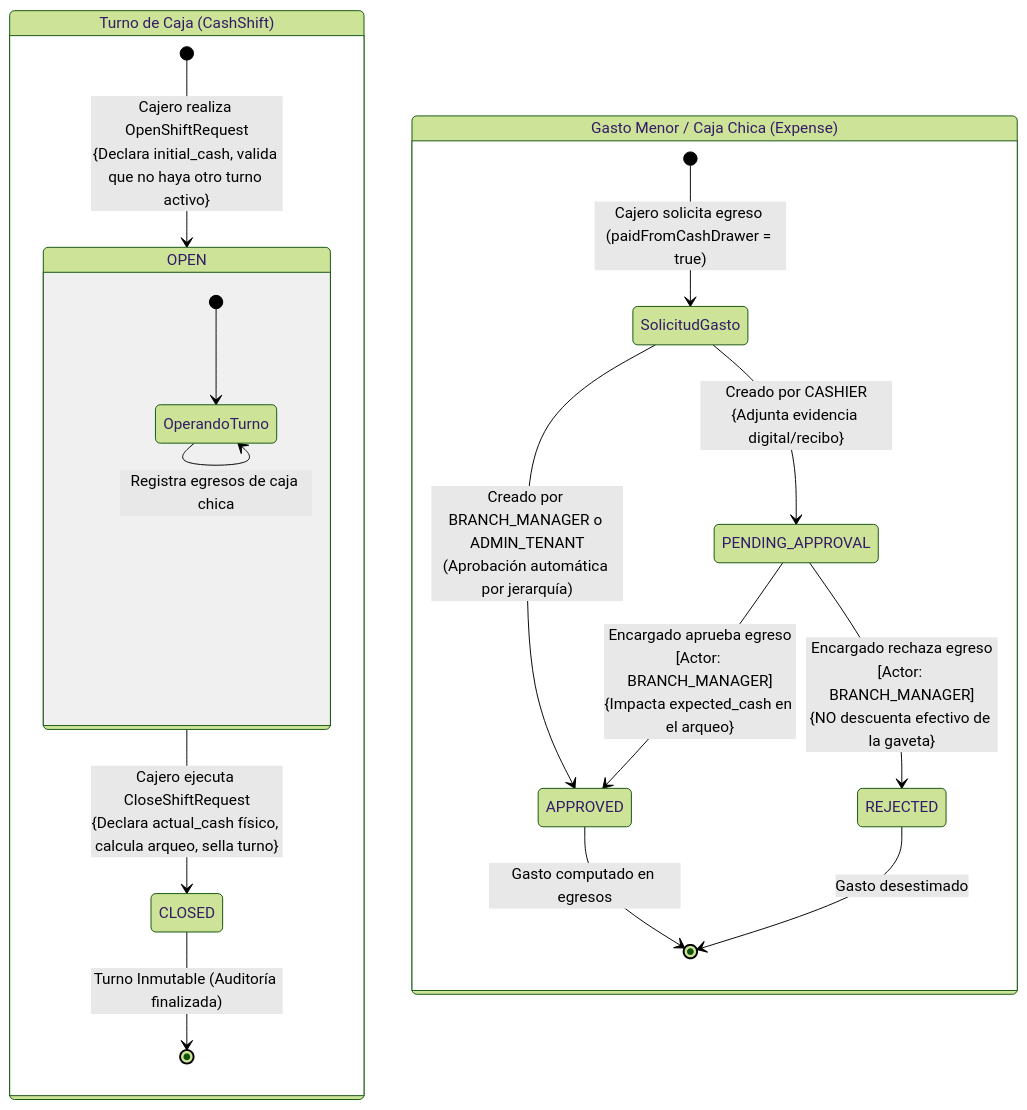
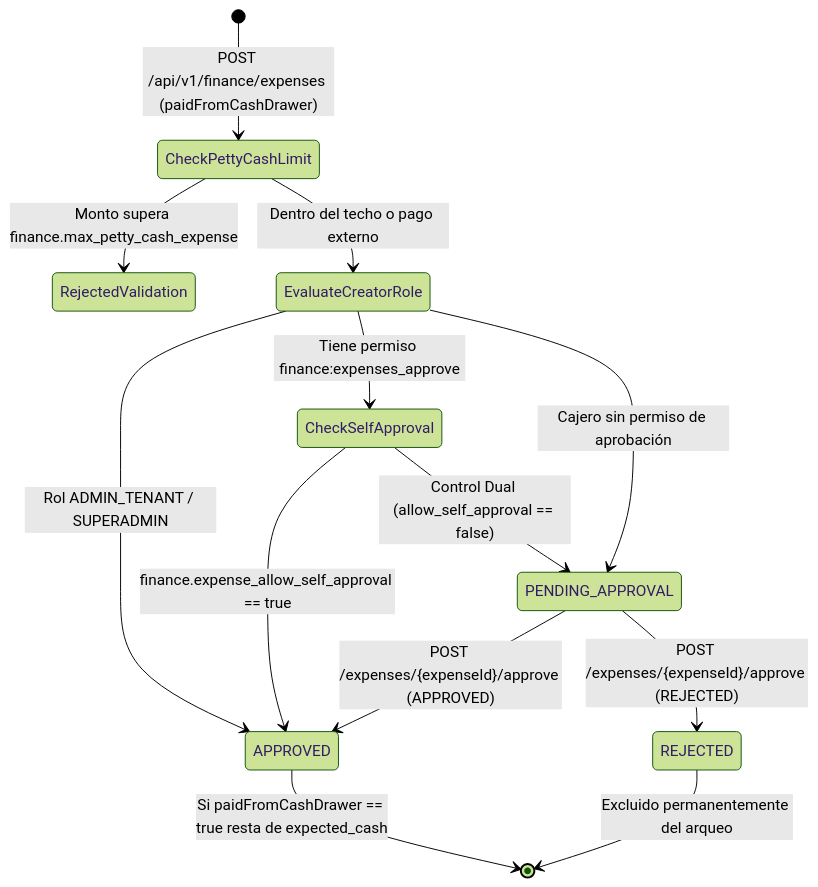
One commit to vakajose/gestion-restaurante changed the second of 2 diagrams in docs/project/architecture/04-behavior-and-flows/state_shift_and_expense_workflow.md. Above: the diagram before and after it, drawn with Mermaid (forest theme). The commit also changed other lines of this file and 156 other files, not shown here.

````diff
--- a/docs/project/architecture/04-behavior-and-flows/state_shift_and_expense_workflow.md
+++ b/docs/project/architecture/04-behavior-and-flows/state_shift_and_expense_workflow.md
@@ -41,36 +55,22 @@
 ```mermaid
 stateDiagram-v2
-    direction TB
+    [*] --> CheckPettyCashLimit : POST /api/v1/finance/expenses (paidFromCashDrawer)
 
-    %% -------------------------------------------------------------
-    %% SUB-MAQUINA 1: CICLO DE VIDA DEL TURNO DE CAJA (CashShift)
-    %% -------------------------------------------------------------
-    state "Turno de Caja (CashShift)" as ShiftFlow {
-        [*] --> OPEN: Cajero realiza OpenShiftRequest<br/>{Declara initial_cash, valida que no haya otro turno activo}
-        
-        state OPEN {
-            [*] --> OperandoTurno
-            OperandoTurno --> OperandoTurno: Acumula ventas vía OrderPaidEvent<br/>(CASH, CARD, QR, TRANSFER)
-            OperandoTurno --> OperandoTurno: Registra egresos de caja chica
-        }
+    CheckPettyCashLimit --> RejectedValidation : Monto supera finance.max_petty_cash_expense
+    CheckPettyCashLimit --> EvaluateCreatorRole : Dentro del techo o pago externo
 
-        OPEN --> CLOSED: Cajero ejecuta CloseShiftRequest<br/>{Declara actual_cash físico, calcula arqueo, sella turno}
-        CLOSED --> [*]: Turno Inmutable (Auditoría finalizada)
-    }
+    state EvaluateCreatorRole <<choice>>
+    EvaluateCreatorRole --> APPROVED : Rol ADMIN_TENANT / SUPERADMIN
+    EvaluateCreatorRole --> CheckSelfApproval : Tiene permiso finance:expenses_approve
+    EvaluateCreatorRole --> PENDING_APPROVAL : Cajero sin permiso de aprobación
 
-    %% -------------------------------------------------------------
-    %% SUB-MAQUINA 2: CICLO DE VIDA DEL GASTO MENOR (Expense)
-    %% -------------------------------------------------------------
-    state "Gasto Menor / Caja Chica (Expense)" as ExpenseFlow {
-        [*] --> SolicitudGasto: Cajero solicita egreso (paidFromCashDrawer = true)
-        
-        SolicitudGasto --> PENDING_APPROVAL: Creado por CASHIER<br/>{Adjunta evidencia digital/recibo}
-        SolicitudGasto --> APPROVED: Creado por BRANCH_MANAGER o ADMIN_TENANT<br/>(Aprobación automática por jerarquía)
-        
-        PENDING_APPROVAL --> APPROVED: Encargado aprueba egreso<br/>[Actor: BRANCH_MANAGER]<br/>{Impacta expected_cash en el arqueo}
-        PENDING_APPROVAL --> REJECTED: Encargado rechaza egreso<br/>[Actor: BRANCH_MANAGER]<br/>{NO descuenta efectivo de la gaveta}
+    state CheckSelfApproval <<choice>>
+    CheckSelfApproval --> APPROVED : finance.expense_allow_self_approval == true
+    CheckSelfApproval --> PENDING_APPROVAL : Control Dual (allow_self_approval == false)
 
-        APPROVED --> [*]: Gasto computado en egresos
-        REJECTED --> [*]: Gasto desestimado
-    }
+    PENDING_APPROVAL --> APPROVED : POST /expenses/{expenseId}/approve (APPROVED)
+    PENDING_APPROVAL --> REJECTED : POST /expenses/{expenseId}/approve (REJECTED)
+
+    APPROVED --> [*] : Si paidFromCashDrawer == true resta de expected_cash
+    REJECTED --> [*] : Excluido permanentemente del arqueo
 ```
````
